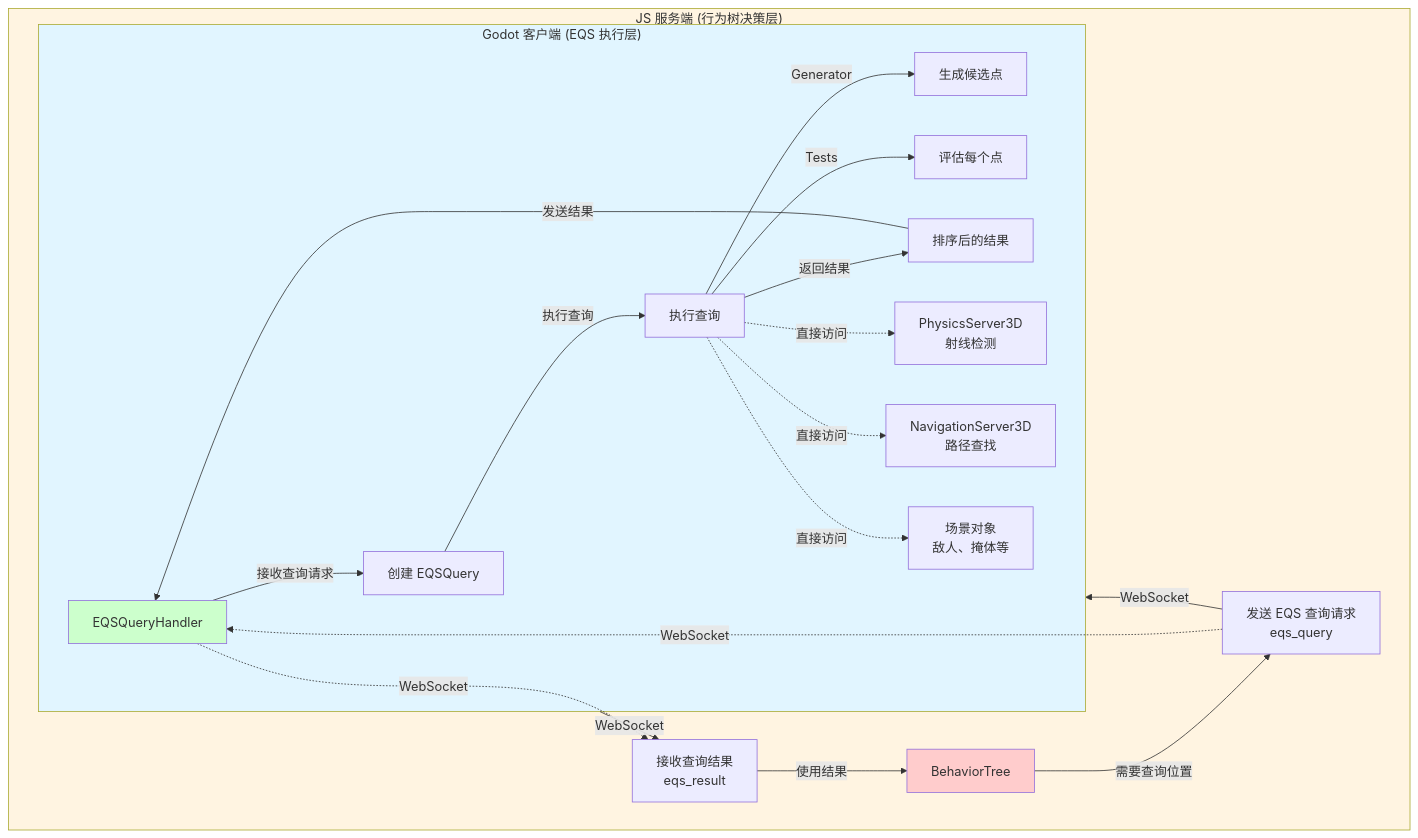
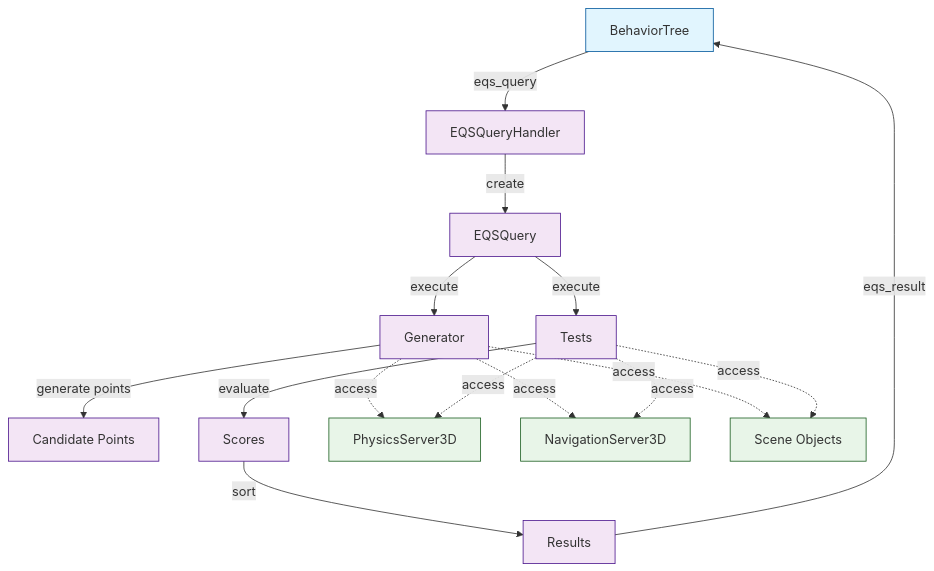
One commit to tutan123/godot_pet changed the second of 12 diagrams in docs/EQS环境查询系统设计文档.md. Above: the diagram before and after it, drawn with Mermaid. The commit also changed other lines of this file and 11 other files, not shown here.

Commit message:
feat: 完善宠物AI系统- 更新EQS环境查询系统适配器- 优化宠物动画和控制器逻辑- 改进消息传递和物理组件- 新增系统架构设计文档和对比分析- 添加相关设计图和资源文件

````diff
--- a/docs/EQS环境查询系统设计文档.md
+++ b/docs/EQS环境查询系统设计文档.md
@@ -206,32 +208,26 @@
 ```mermaid
-graph TB
-    subgraph Server["JS 服务端 (行为树决策层)"]
-        BT[BehaviorTree]
-        BT -->|需要查询位置| QueryReq[发送 EQS 查询请求<br/>eqs_query]
-        QueryReq -->|WebSocket| Client
-        Client -->|WebSocket| QueryRes[接收查询结果<br/>eqs_result]
-        QueryRes -->|使用结果| BT
-    end
-    
-    subgraph Client["Godot 客户端 (EQS 执行层)"]
-        Handler[EQSQueryHandler]
-        Handler -->|接收查询请求| CreateQuery[创建 EQSQuery]
-        CreateQuery -->|执行查询| Execute[执行查询]
-        Execute -->|Generator| Gen[生成候选点]
-        Execute -->|Tests| Test[评估每个点]
-        Execute -->|返回结果| Sort[排序后的结果]
-        Sort -->|发送结果| Handler
-        
-        Execute -.->|直接访问| Physics[PhysicsServer3D<br/>射线检测]
-        Execute -.->|直接访问| Nav[NavigationServer3D<br/>路径查找]
-        Execute -.->|直接访问| Scene[场景对象<br/>敌人、掩体等]
-    end
-    
-    QueryReq -.->|WebSocket| Handler
-    Handler -.->|WebSocket| QueryRes
-    
-    style Server fill:#fff4e1
-    style Client fill:#e1f5ff
-    style BT fill:#ffcccc
-    style Handler fill:#ccffcc
+graph TD
+    BT[BehaviorTree] -->|eqs_query| Handler[EQSQueryHandler]
+    Handler -->|create| Query[EQSQuery]
+    Query -->|execute| Generator[Generator]
+    Query -->|execute| Tests[Tests]
+    Generator -->|generate points| Points[Candidate Points]
+    Tests -->|evaluate| Scores[Scores]
+    Scores -->|sort| Results[Results]
+    Results -->|eqs_result| BT
+
+    Generator -.->|access| Physics[PhysicsServer3D]
+    Tests -.->|access| Physics
+    Generator -.->|access| Nav[NavigationServer3D]
+    Tests -.->|access| Nav
+    Generator -.->|access| Scene[Scene Objects]
+    Tests -.->|access| Scene
+
+    classDef server fill:#e1f5fe,stroke:#01579b
+    classDef client fill:#f3e5f5,stroke:#4a148c
+    classDef core fill:#e8f5e8,stroke:#1b5e20
+
+    class BT server
+    class Handler,Query,Generator,Tests,Points,Scores,Results client
+    class Physics,Nav,Scene core
 ```
````
